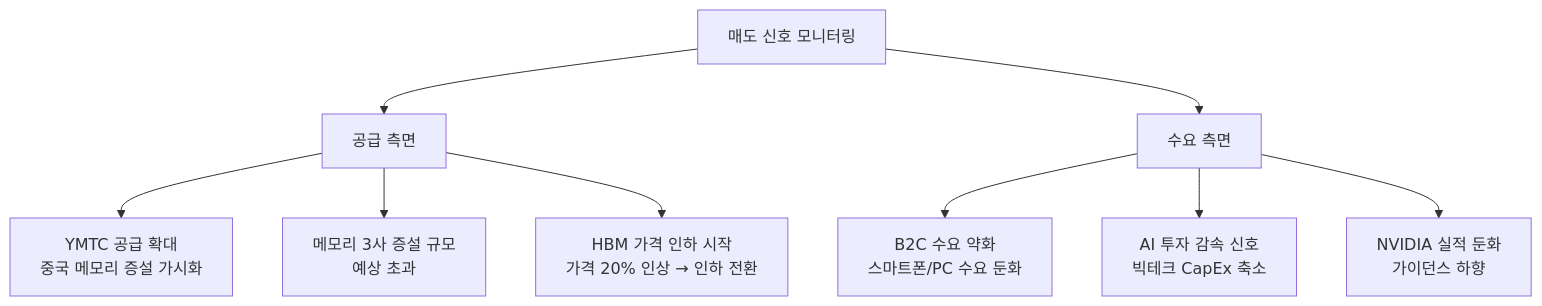
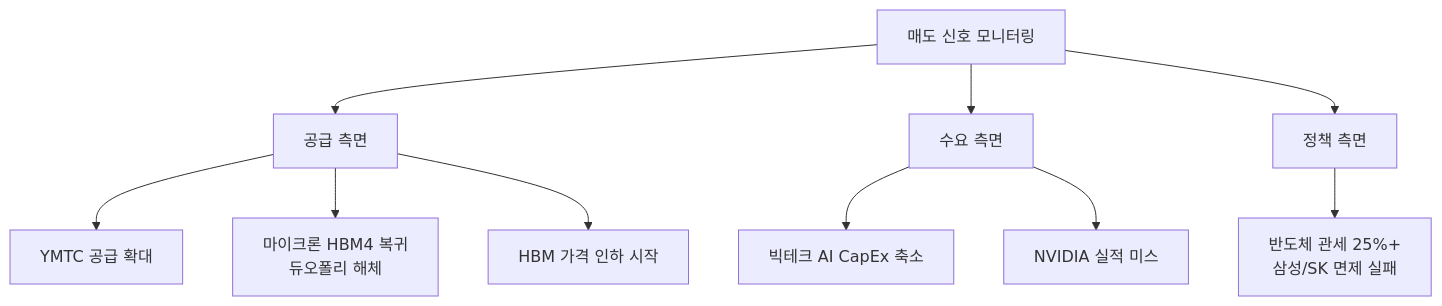
One commit to dss99911/dss99911.github.io changed the second of 2 diagrams in _posts/knowledge/invest/2026-01-21-hbm-sector-outlook-2026.md. Above: the diagram before and after it, drawn with Mermaid. The commit also changed other lines of this file and 17 other files, not shown here.

````diff
--- a/_posts/knowledge/invest/2026-01-21-hbm-sector-outlook-2026.md
+++ b/_posts/knowledge/invest/2026-01-21-hbm-sector-outlook-2026.md
@@ -246,13 +276,15 @@
 ```mermaid
 flowchart TD
     A[매도 신호 모니터링] --> B[공급 측면]
     A --> C[수요 측면]
+    A --> D[정책 측면]
 
-    B --> B1[YMTC 공급 확대<br/>중국 메모리 증설 가시화]
-    B --> B2[메모리 3사 증설 규모<br/>예상 초과]
-    B --> B3[HBM 가격 인하 시작<br/>가격 20% 인상 → 인하 전환]
+    B --> B1[YMTC 공급 확대]
+    B --> B2[마이크론 HBM4 복귀<br/>듀오폴리 해체]
+    B --> B3[HBM 가격 인하 시작]
 
-    C --> C1[B2C 수요 약화<br/>스마트폰/PC 수요 둔화]
-    C --> C2[AI 투자 감속 신호<br/>빅테크 CapEx 축소]
-    C --> C3[NVIDIA 실적 둔화<br/>가이던스 하향]
+    C --> C1[빅테크 AI CapEx 축소]
+    C --> C2[NVIDIA 실적 미스]
+
+    D --> D1[반도체 관세 25%+<br/>삼성/SK 면제 실패]
 ```
````
